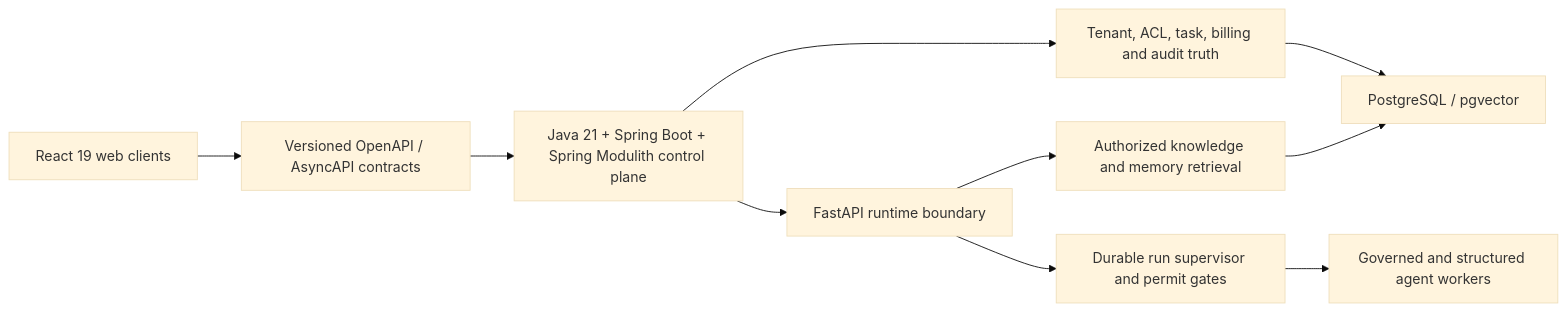
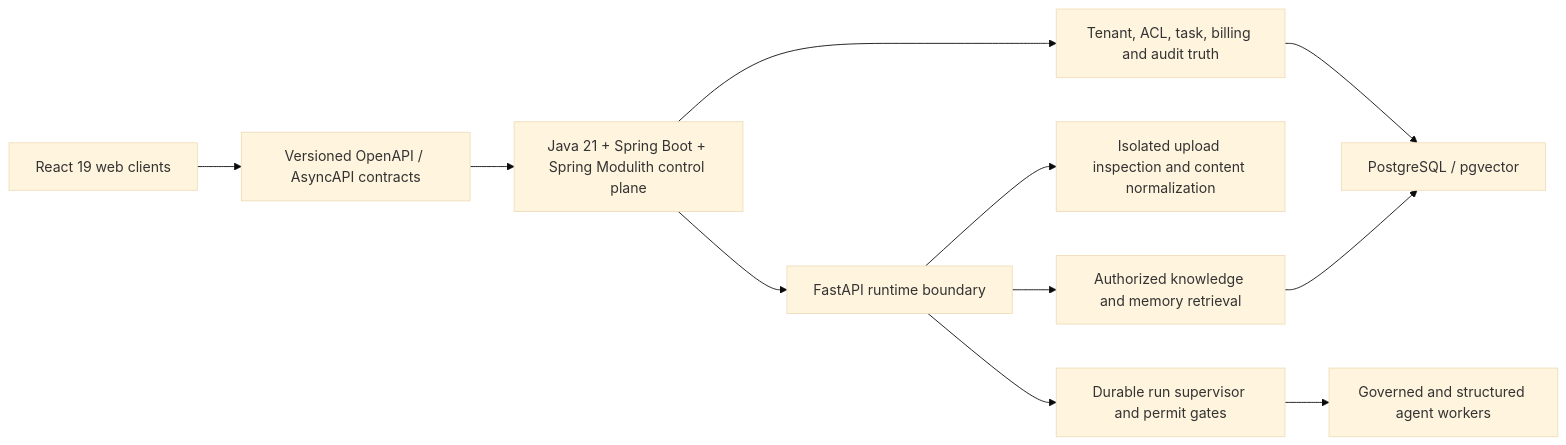
One commit to tacitjj/enterprise-agent-platform changed the diagram in README.md. Above: the diagram before and after it, drawn with Mermaid (base theme). The commit also changed other lines of this file and 27 other files, not shown here.

First line of the commit message:
feat(runtime): add isolated secure ingestion services (#9)

````diff
--- a/README.md
+++ b/README.md
@@ -28,12 +28,13 @@
 ```mermaid
 flowchart LR
     Web["React 19 web clients"] --> Contracts["Versioned OpenAPI / AsyncAPI contracts"]
     Contracts --> Java["Java 21 + Spring Boot + Spring Modulith control plane"]
     Java --> Truth["Tenant, ACL, task, billing and audit truth"]
     Java --> Runtime["FastAPI runtime boundary"]
+    Runtime --> Ingestion["Isolated upload inspection and content normalization"]
     Runtime --> Context["Authorized knowledge and memory retrieval"]
     Runtime --> Supervisor["Durable run supervisor and permit gates"]
     Supervisor --> Agents["Governed and structured agent workers"]
     Truth --> DB["PostgreSQL / pgvector"]
     Context --> DB
 ```
````
